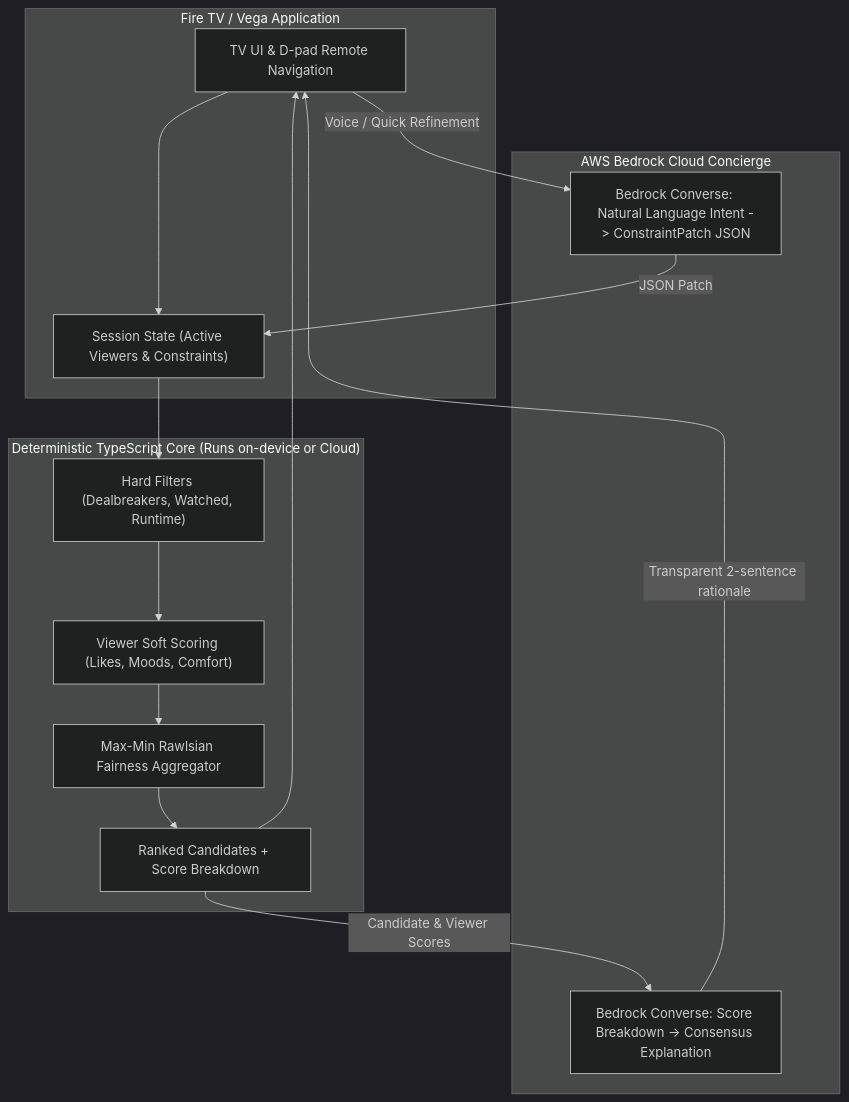
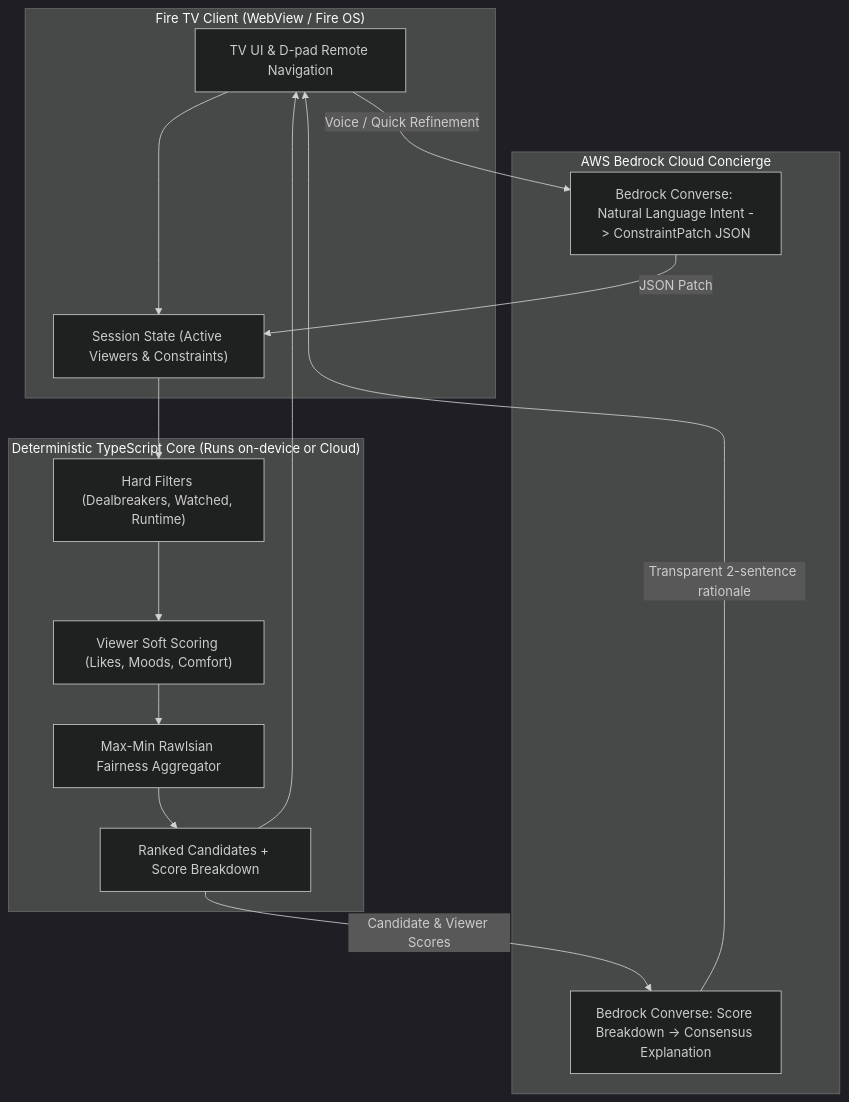
Before and after one commit to shrutimishrads/OnePick: the diagram in docs/architecture.md, drawn with Mermaid (dark theme). The commit also changed 6 other files, not shown here.

Commit message:
docs: ground architecture, remove Vega references and overclaims in docs and devpost submission

````diff
--- a/docs/architecture.md
+++ b/docs/architecture.md
@@ -3,32 +3,32 @@
 ```mermaid
 flowchart TD
-    subgraph FireTVApp ["Fire TV / Vega Application"]
+    subgraph FireTVApp ["Fire TV Client (WebView / Fire OS)"]
         UI["TV UI & D-pad Remote Navigation"]
         State["Session State (Active Viewers & Constraints)"]
     end
 
     subgraph DeterministicCore ["Deterministic TypeScript Core (Runs on-device or Cloud)"]
         Filter["Hard Filters (Dealbreakers, Watched, Runtime)"]
         Scorer["Viewer Soft Scoring (Likes, Moods, Comfort)"]
         Fairness["Max-Min Rawlsian Fairness Aggregator"]
         Ranker["Ranked Candidates + Score Breakdown"]
     end
 
     subgraph CloudLayer ["AWS Bedrock Cloud Concierge"]
         BedrockParse["Bedrock Converse: Natural Language Intent -> ConstraintPatch JSON"]
         BedrockExplain["Bedrock Converse: Score Breakdown -> Consensus Explanation"]
     end
 
     UI --> State
     State --> Filter
     Filter --> Scorer
     Scorer --> Fairness
     Fairness --> Ranker
     Ranker --> UI
 
     UI -- "Voice / Quick Refinement" --> BedrockParse
     BedrockParse -- "JSON Patch" --> State
 
     Ranker -- "Candidate & Viewer Scores" --> BedrockExplain
     BedrockExplain -- "Transparent 2-sentence rationale" --> UI
 ```
````
